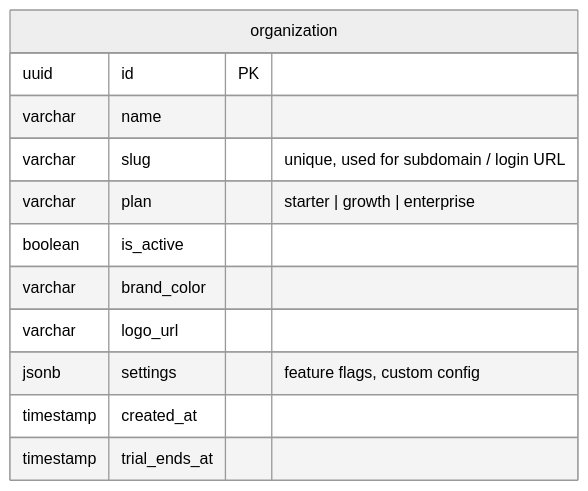
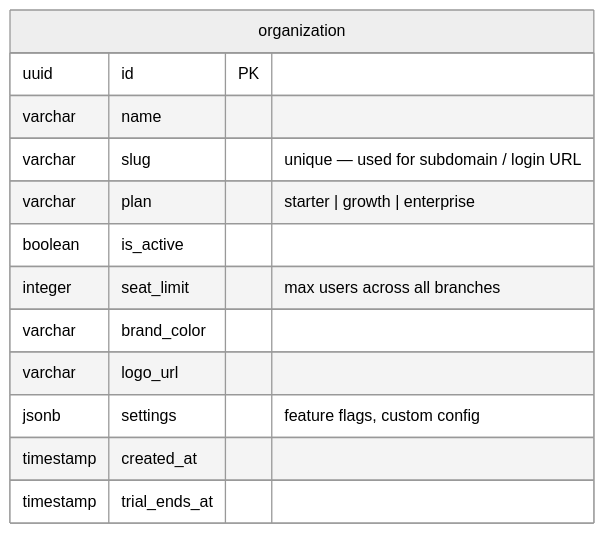
One commit to Jhay1413/travana-V2 changed the first of 21 diagrams in SAAS_MULTITENANCY_PLAN.md. Above: the diagram before and after it, drawn with Mermaid (neutral theme). The commit also changed other lines of this file and 7 other files, not shown here.

````diff
--- a/SAAS_MULTITENANCY_PLAN.md
+++ b/SAAS_MULTITENANCY_PLAN.md
@@ -15,15 +44,16 @@
 ```mermaid
 erDiagram
     organization {
-        uuid   id PK
-        varchar name
-        varchar slug "unique, used for subdomain / login URL"
-        varchar plan "starter | growth | enterprise"
-        boolean is_active
-        varchar brand_color
-        varchar logo_url
-        jsonb   settings "feature flags, custom config"
+        uuid      id PK
+        varchar   name
+        varchar   slug             "unique — used for subdomain / login URL"
+        varchar   plan             "starter | growth | enterprise"
+        boolean   is_active
+        integer   seat_limit       "max users across all branches"
+        varchar   brand_color
+        varchar   logo_url
+        jsonb     settings         "feature flags, custom config"
         timestamp created_at
         timestamp trial_ends_at
     }
 ```
````
